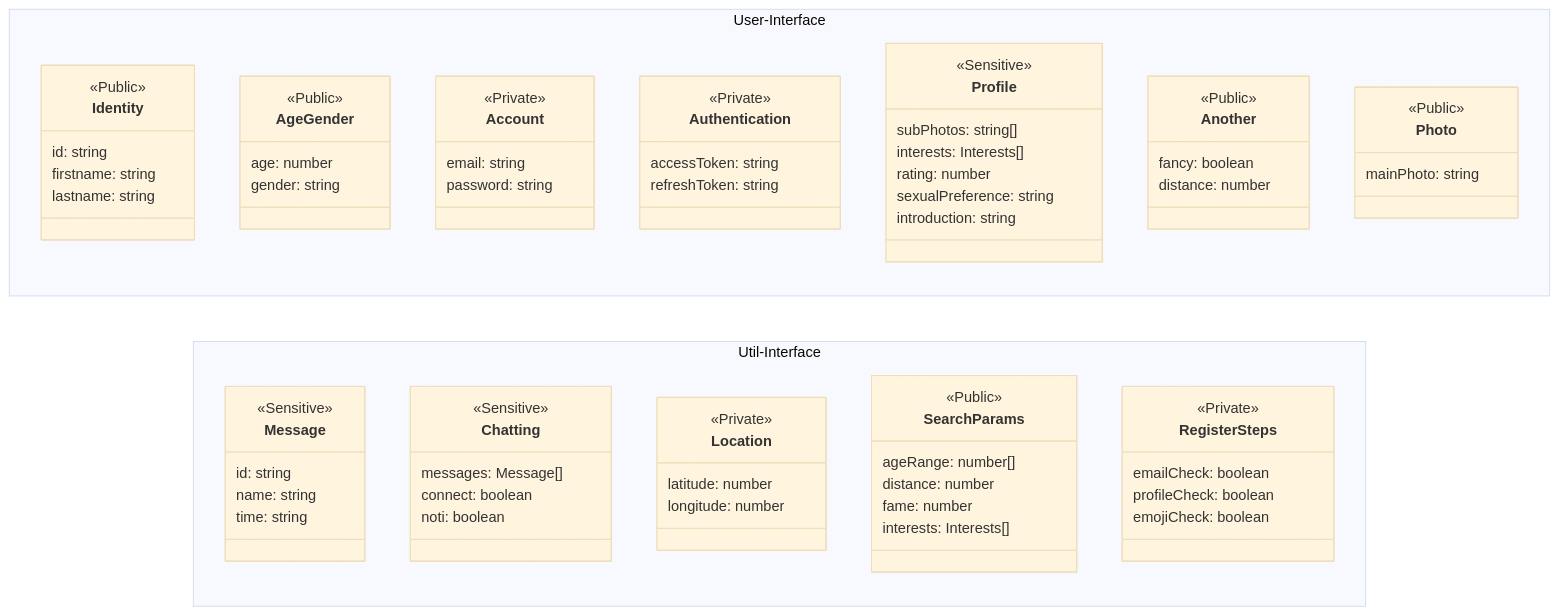
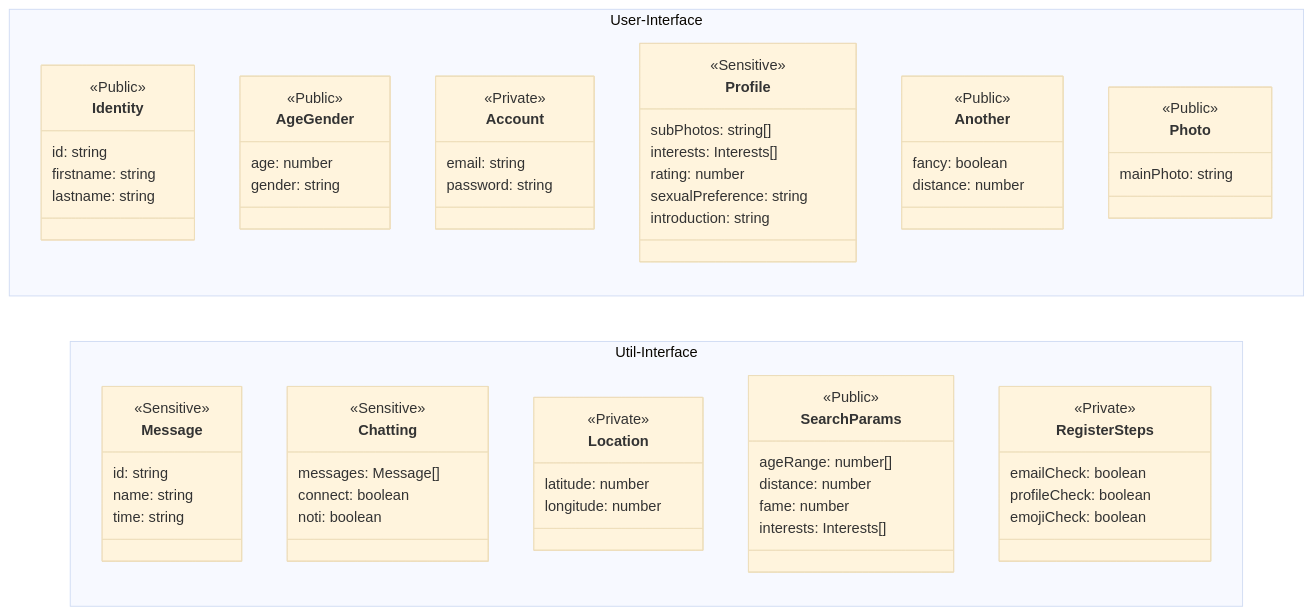
One commit to 42Seoul-Tea42/frontend changed the first of 2 diagrams in app/redux/README.md. Above: the diagram before and after it, drawn with Mermaid (base theme). The commit also changed other lines of this file and 2 other files, not shown here.

Commit message:
remove Authentification, token 관련 로직 제거
xss 방지를 위해서 클라이언트단에서 쿠키컨트롤을 하지 않는것으로 협의한 뒤 토큰 관련로직을 제거

```diff
--- a/app/redux/README.md
+++ b/app/redux/README.md
@@ -64,12 +64,6 @@
         <<Private>>
         email: string
         password: string
-    }
-
-    class Authentication {
-        <<Private>>
-        accessToken: string
-        refreshToken: string
     }
 
     class Profile {
```
